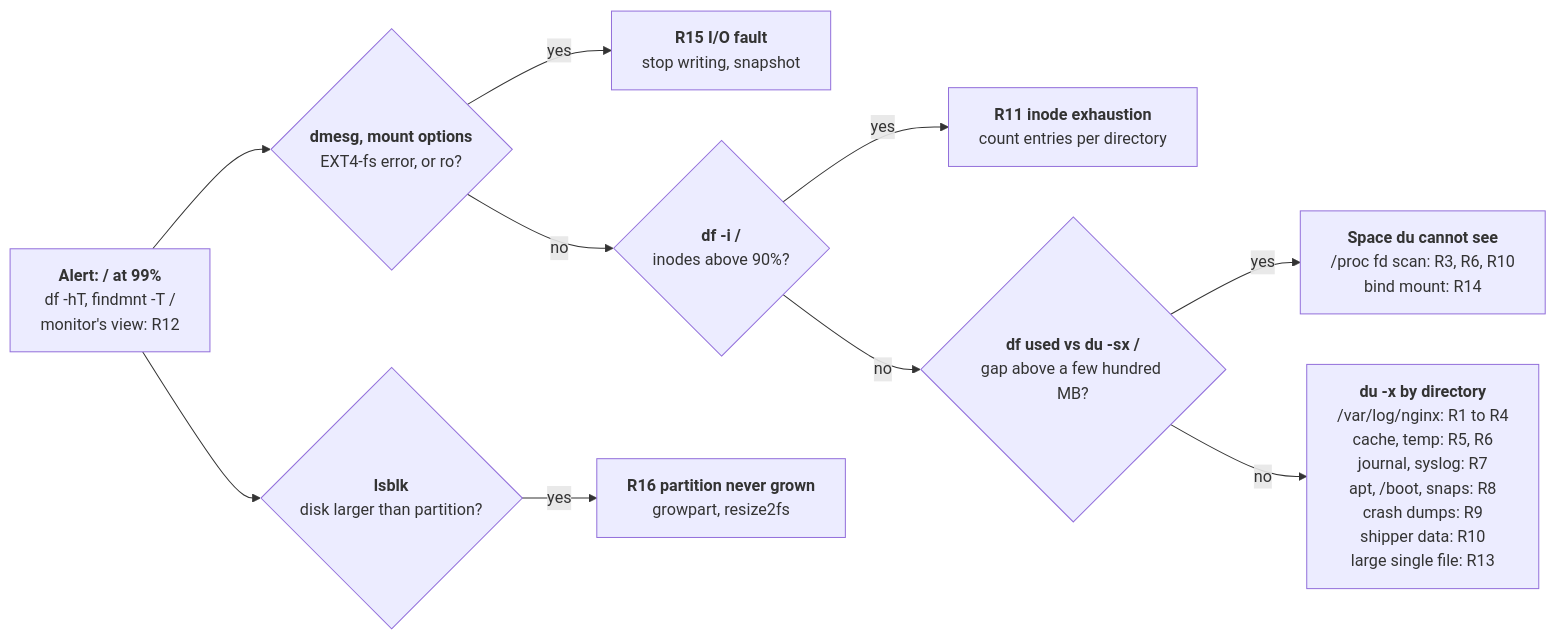
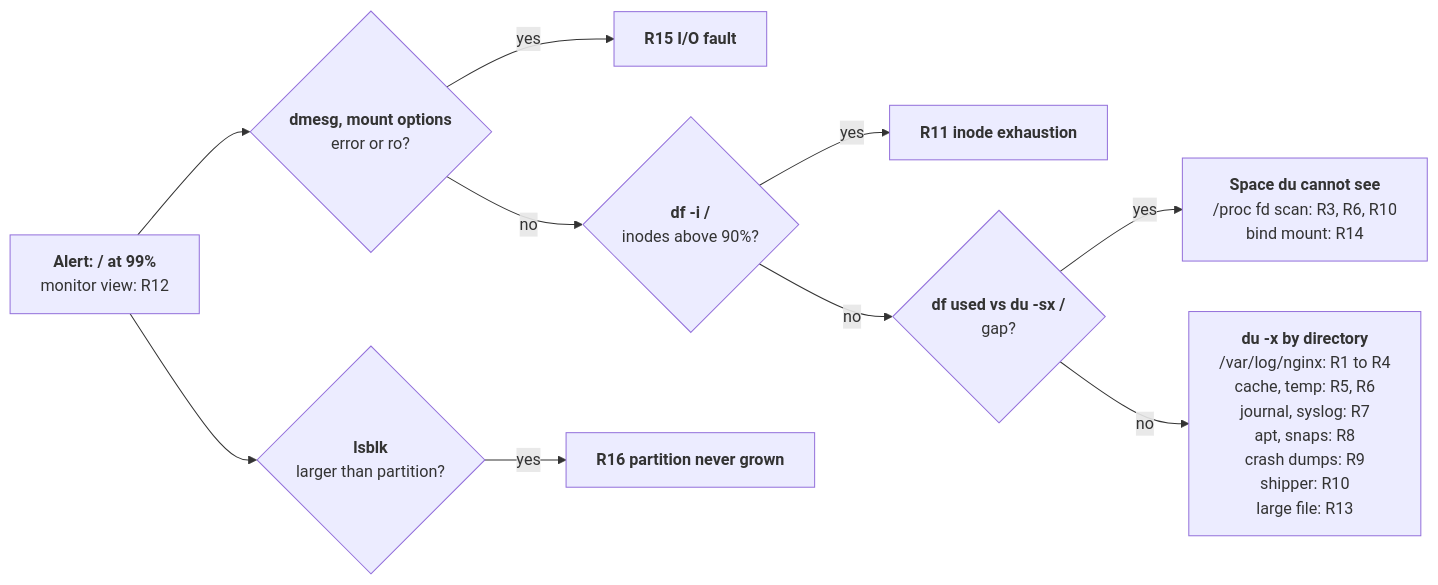
Before and after one commit to ndmquan-git/devops-challenge-ndmquan: the diagram in src/problem2/SOLUTION.md, drawn with Mermaid. The commit also changed other lines of this file and 1 other file, not shown here.

````diff
--- a/src/problem2/SOLUTION.md
+++ b/src/problem2/SOLUTION.md
@@ -160,30 +146,26 @@
 ```mermaid
 flowchart LR
   a["`**Alert: / at 99%**
-df -hT, findmnt -T /
-monitor's view: R12`"] --> b{"`**dmesg, mount options**
-EXT4-fs error, or ro?`"}
-  b -- yes --> r15["`**R15 I/O fault**
-stop writing, snapshot`"]
+monitor view: R12`"] --> b{"`**dmesg, mount options**
+error or ro?`"}
+  b -- yes --> r15["`**R15 I/O fault**`"]
   b -- no --> c{"`**df -i /**
 inodes above 90%?`"}
-  c -- yes --> r11["`**R11 inode exhaustion**
-count entries per directory`"]
+  c -- yes --> r11["`**R11 inode exhaustion**`"]
   c -- no --> d{"`**df used vs du -sx /**
-gap above a few hundred MB?`"}
+gap?`"}
   d -- yes --> e["`**Space du cannot see**
 /proc fd scan: R3, R6, R10
 bind mount: R14`"]
   d -- no --> f["`**du -x by directory**
 /var/log/nginx: R1 to R4
 cache, temp: R5, R6
 journal, syslog: R7
-apt, /boot, snaps: R8
+apt, snaps: R8
 crash dumps: R9
-shipper data: R10
-large single file: R13`"]
+shipper: R10
+large file: R13`"]
   a --> g{"`**lsblk**
-disk larger than partition?`"}
-  g -- yes --> r16["`**R16 partition never grown**
-growpart, resize2fs`"]
+larger than partition?`"}
+  g -- yes --> r16["`**R16 partition never grown**`"]
 ```
````
